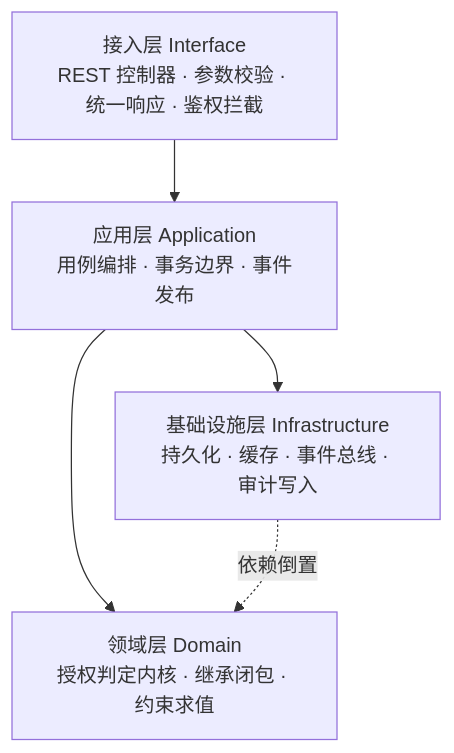
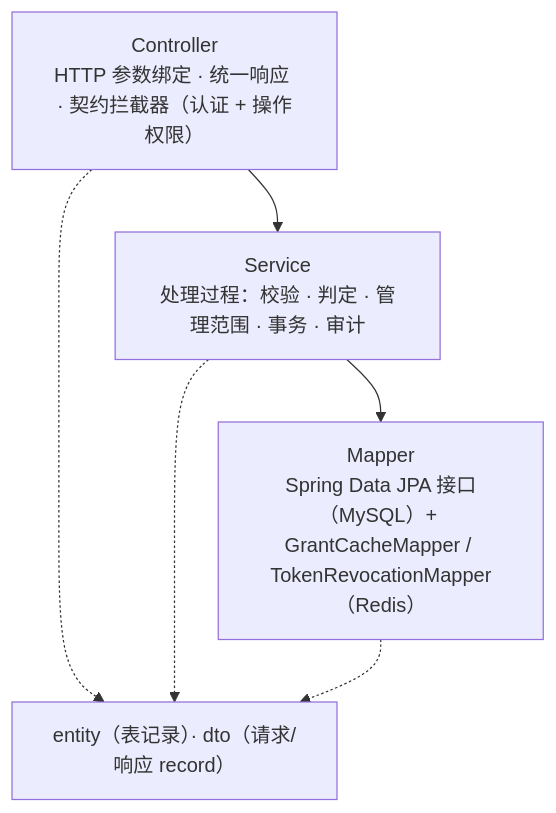
One commit to vintcessun/OOAD changed the second of 4 diagrams in docs/02-architecture.md. Above: the diagram before and after it, drawn with Mermaid. The commit also changed other lines of this file and 17 other files, not shown here.

````diff
--- a/docs/02-architecture.md
+++ b/docs/02-architecture.md
@@ -102,10 +79,11 @@
 ```mermaid
 flowchart TD
-    L1["接入层 Interface<br/>REST 控制器 · 参数校验 · 统一响应 · 鉴权拦截"]
-    L2["应用层 Application<br/>用例编排 · 事务边界 · 事件发布"]
-    L3["领域层 Domain<br/>授权判定内核 · 继承闭包 · 约束求值"]
-    L4["基础设施层 Infrastructure<br/>持久化 · 缓存 · 事件总线 · 审计写入"]
-    L1 --> L2 --> L3
-    L2 --> L4
-    L4 -. 依赖倒置 .-> L3
+    C["Controller<br/>HTTP 参数绑定 · 统一响应 · 契约拦截器（认证 + 操作权限）"]
+    S["Service<br/>处理过程：校验 · 判定 · 管理范围 · 事务 · 审计"]
+    M["Mapper<br/>Spring Data JPA 接口（MySQL）+ GrantCacheMapper / TokenRevocationMapper（Redis）"]
+    E["entity（表记录）· dto（请求/响应 record）"]
+    C --> S --> M
+    C -.-> E
+    S -.-> E
+    M -.-> E
 ```
````
